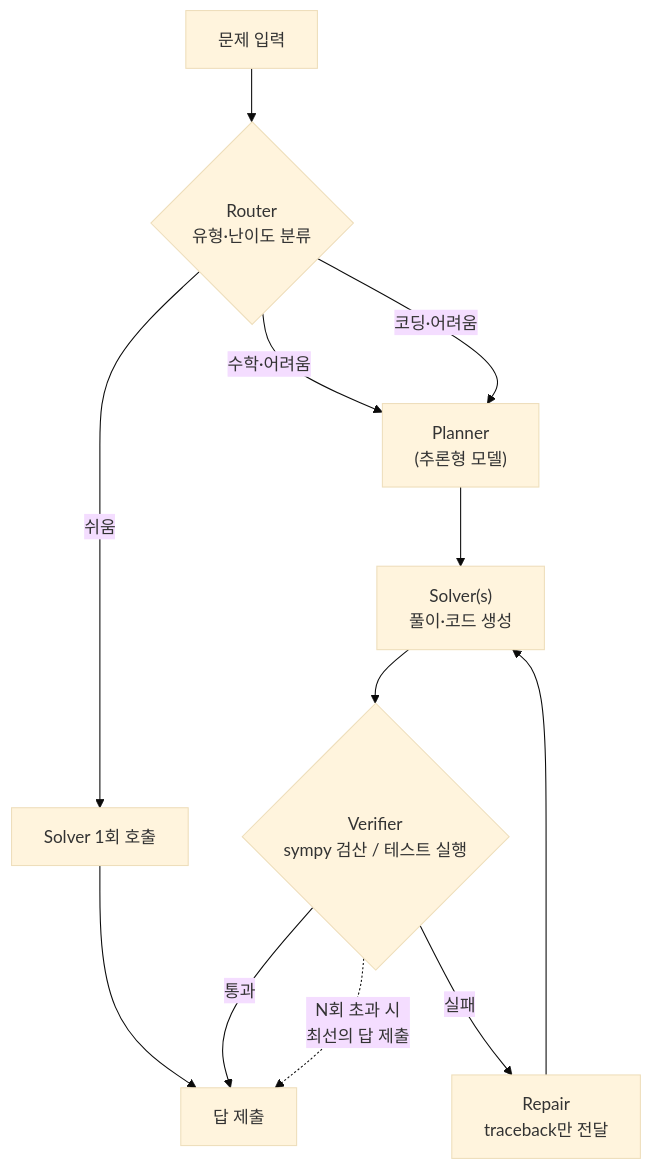
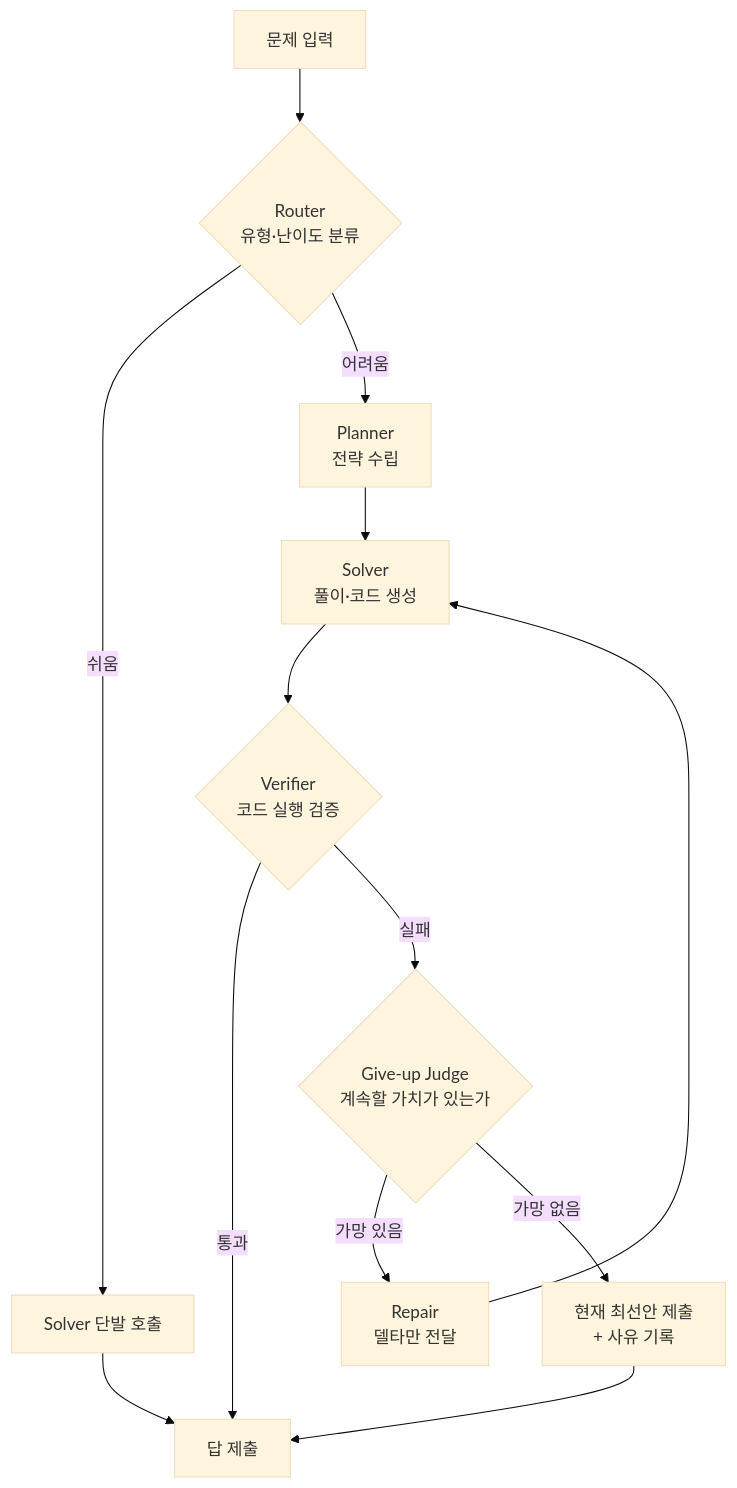
Before and after one commit to jsonpassion/cp: the second of 2 diagrams in content/track-strategy.md, drawn with Mermaid (base theme). The commit also changed other lines of this file and 7 other files, not shown here.

````diff
--- a/content/track-strategy.md
+++ b/content/track-strategy.md
@@ -7,13 +23,12 @@
 ```mermaid
 flowchart TD
     IN["문제 입력"] --> R{"Router<br/>유형·난이도 분류"}
-    R -->|"쉬움"| S1["Solver 1회 호출"] --> OUT["답 제출"]
-    R -->|"수학·어려움"| P["Planner<br/>(추론형 모델)"]
-    R -->|"코딩·어려움"| P
-    P --> SV["Solver(s)<br/>풀이·코드 생성"]
-    SV --> V{"Verifier<br/>sympy 검산 / 테스트 실행"}
+    R -->|"쉬움"| S1["Solver 단발 호출"] --> OUT["답 제출"]
+    R -->|"어려움"| P["Planner<br/>전략 수립"]
+    P --> SV["Solver<br/>풀이·코드 생성"]
+    SV --> V{"Verifier<br/>코드 실행 검증"}
     V -->|"통과"| OUT
-    V -->|"실패"| REP["Repair<br/>traceback만 전달"]
-    REP --> SV
-    V -.->|"N회 초과 시<br/>최선의 답 제출"| OUT
+    V -->|"실패"| G{"Give-up Judge<br/>계속할 가치가 있는가"}
+    G -->|"가망 있음"| REP["Repair<br/>델타만 전달"] --> SV
+    G -->|"가망 없음"| BEST["현재 최선안 제출<br/>+ 사유 기록"] --> OUT
 ```
````
